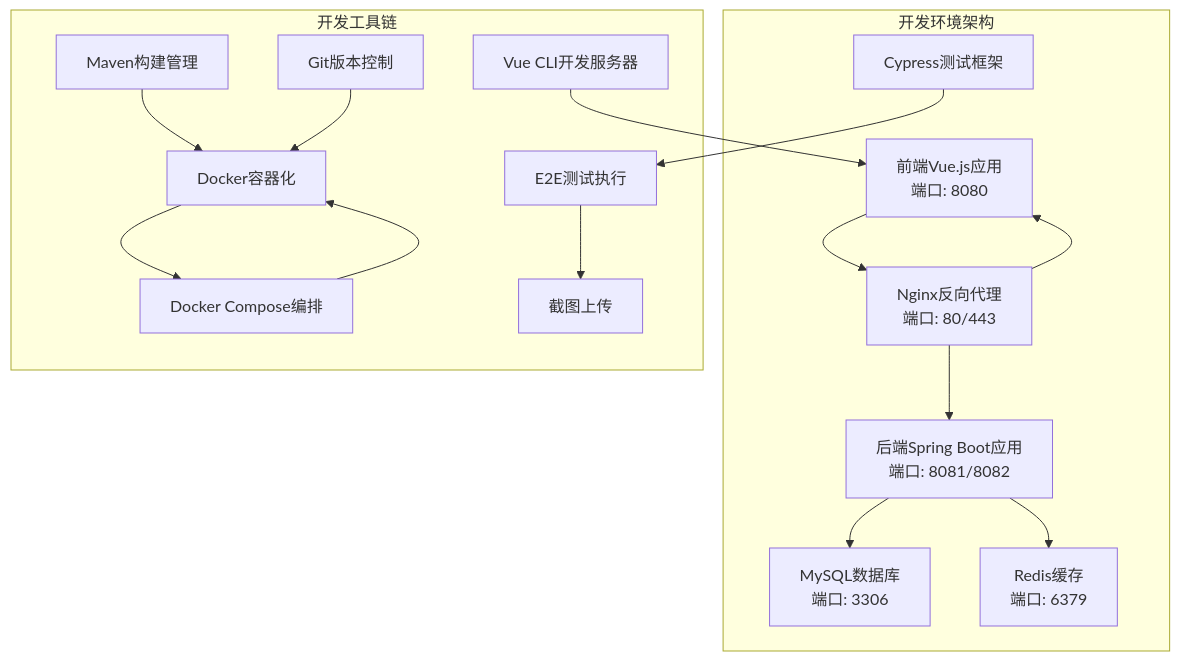
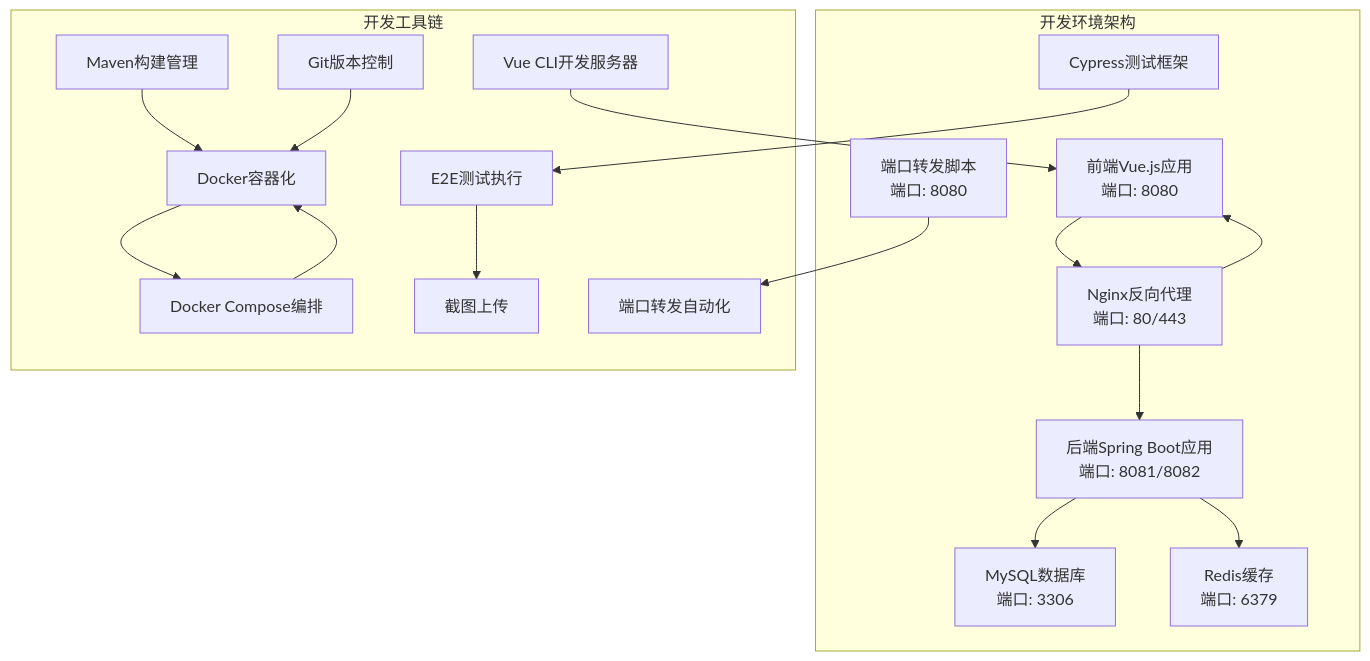
One commit to liuzh2008/med_ai_assistant_workspace changed the first of 22 diagrams in .qoder/repowiki/zh/content/Development Environment Features/Development Environment Features.md. Above: the diagram before and after it, drawn with Mermaid. The commit also changed other lines of this file and 9 other files, not shown here.

````diff
--- a/.qoder/repowiki/zh/content/Development Environment Features/Development Environment Features.md
+++ b/.qoder/repowiki/zh/content/Development Environment Features/Development Environment Features.md
@@ -59,33 +62,36 @@
 ```mermaid
 graph TB
 subgraph "开发环境架构"
 FE[前端Vue.js应用<br/>端口: 8080]
 BE[后端Spring Boot应用<br/>端口: 8081/8082]
 DB[MySQL数据库<br/>端口: 3306]
 REDIS[Redis缓存<br/>端口: 6379]
 NGINX[Nginx反向代理<br/>端口: 80/443]
 CYPRESS[Cypress E2E测试<br/>端口: 8083]
+PORT_FORWARD[端口转发脚本<br/>端口: 8080]
 end
 subgraph "开发工具链"
 DOCKER[Docker容器化]
 COMPOSE[Docker Compose编排]
 MAVEN[Maven构建管理]
 VUECLI[Vue CLI开发服务器]
 GIT[Git版本控制]
 CYPRESS[Cypress测试框架]
 ENDTOEND[E2E测试执行]
 SCREENSHOT[截图上传]
+PORTAUTOMATION[端口转发自动化]
 end
 FE --> NGINX
 BE --> DB
 BE --> REDIS
 NGINX --> FE
 NGINX --> BE
 DOCKER --> COMPOSE
 COMPOSE --> DOCKER
 MAVEN --> DOCKER
 VUECLI --> FE
 GIT --> DOCKER
 CYPRESS --> ENDTOEND
 ENDTOEND --> SCREENSHOT
+PORT_FORWARD --> PORTAUTOMATION
 ```
````
